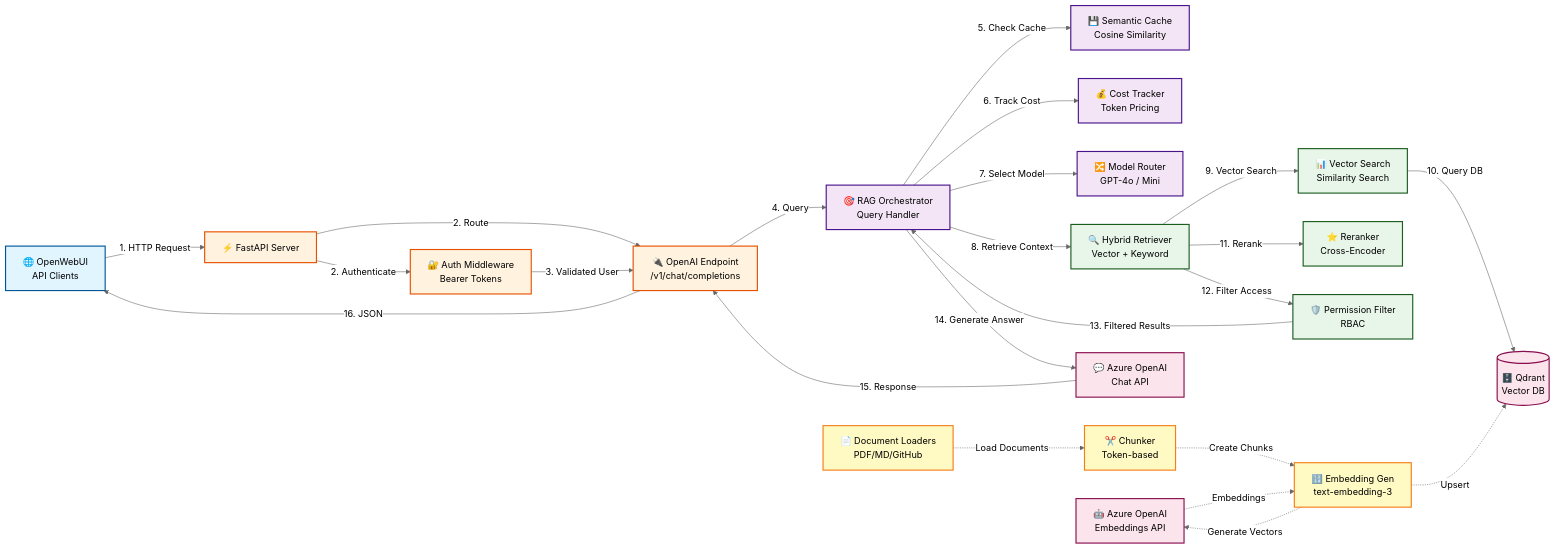
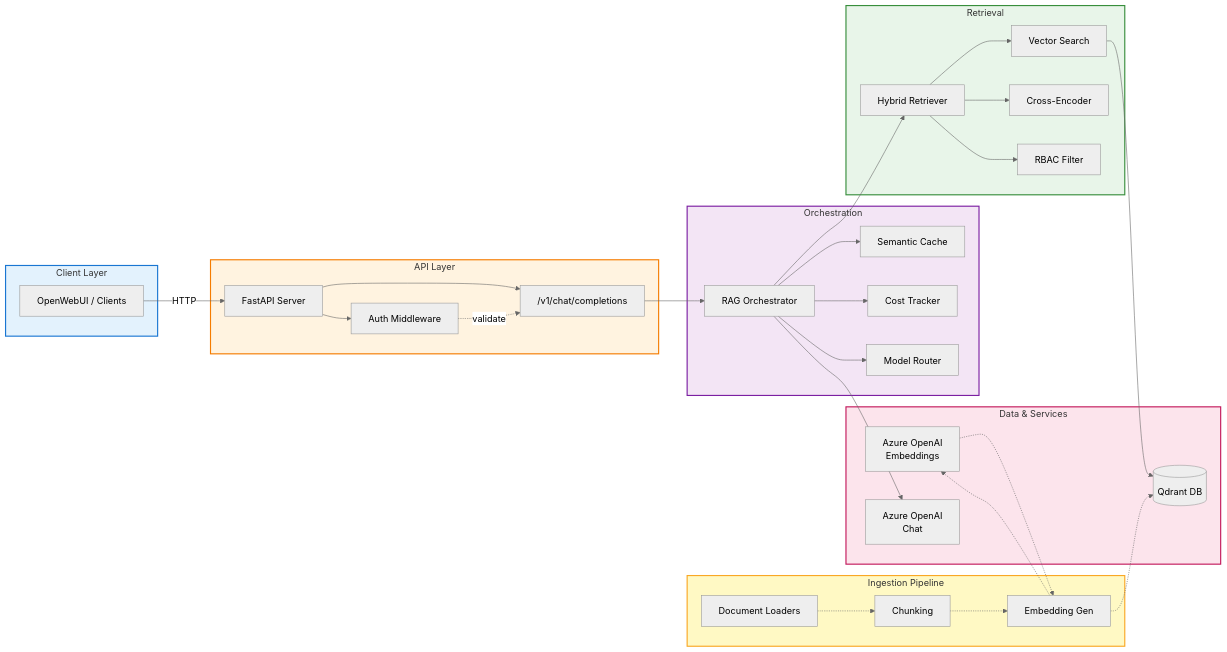
The diagram in README.md (Abbi0805/enterprise-rag-platform), drawn with Mermaid (neutral theme) before and after one commit. The commit also changed other lines of this file, not shown here.

Commit message:
docs: improve README with cleaner architecture diagram and table of contents
- Replaced overly-styled mermaid diagram with clean flowchart
- Added table of contents for easier navigation
- Added MIT license and ruff code style badges
- Improved visual hierarchy with subgraphs
- Removed excessive emojis and numbering for cleaner look
- Maintained color-coding but with professional pastel tones

````diff
--- a/README.md
+++ b/README.md
@@ -25,66 +46,66 @@
 ```mermaid
-graph LR
-    %% Styling
-    classDef client fill:#e1f5ff,stroke:#01579b,stroke-width:2px
-    classDef api fill:#fff3e0,stroke:#e65100,stroke-width:2px
-    classDef orchestration fill:#f3e5f5,stroke:#4a148c,stroke-width:2px
-    classDef retrieval fill:#e8f5e9,stroke:#1b5e20,stroke-width:2px
-    classDef data fill:#fce4ec,stroke:#880e4f,stroke-width:2px
-    classDef ingestion fill:#fff9c4,stroke:#f57f17,stroke-width:2px
+flowchart LR
+    subgraph clients["Client Layer"]
+        UI[OpenWebUI / Clients]
+    end
     
-    %% Client Layer
-    A[🌐 OpenWebUI<br/>API Clients]:::client
+    subgraph api["API Layer"]
+        Server[FastAPI Server]
+        OpenAI["/v1/chat/completions"]
+        Auth[Auth Middleware]
+    end
     
-    %% API Layer
-    B[⚡ FastAPI Server]:::api
-    C[🔌 OpenAI Endpoint<br/>/v1/chat/completions]:::api
-    D[🔐 Auth Middleware<br/>Bearer Tokens]:::api
+    subgraph orchestration["Orchestration"]
+        Orch[RAG Orchestrator]
+        Cache[Semantic Cache]
+        Cost[Cost Tracker]
+        Router[Model Router]
+    end
     
-    %% Orchestration Layer
-    E[🎯 RAG Orchestrator<br/>Query Handler]:::orchestration
-    F[💾 Semantic Cache<br/>Cosine Similarity]:::orchestration
-    G[💰 Cost Tracker<br/>Token Pricing]:::orchestration
-    H[🔀 Model Router<br/>GPT-4o / Mini]:::orchestration
+    subgraph retrieval["Retrieval"]
+        Hybrid[Hybrid Retriever]
+        Vector[Vector Search]
+        Rerank[Cross-Encoder]
+        Permissions[RBAC Filter]
+    end
     
-    %% Retrieval Layer
-    I[🔍 Hybrid Retriever<br/>Vector + Keyword]:::retrieval
-    J[📊 Vector Search<br/>Similarity Search]:::retrieval
-    K[⭐ Reranker<br/>Cross-Encoder]:::retrieval
-    L[🛡️ Permission Filter<br/>RBAC]:::retrieval
+    subgraph data["Data & Services"]
+        DB[(Qdrant DB)]
+        Embed[Azure OpenAI<br/>Embeddings]
+        LLM[Azure OpenAI<br/>Chat]
+    end
     
-    %% Data Layer
-    M[(🗄️ Qdrant<br/>Vector DB)]:::data
-    N[🤖 Azure OpenAI<br/>Embeddings API]:::data
-    O[💬 Azure OpenAI<br/>Chat API]:::data
+    subgraph ingestion["Ingestion Pipeline"]
+        Loaders[Document Loaders]
+        Chunker[Chunking]
+        EmbedGen[Embedding Gen]
+    end
     
-    %% Ingestion Pipeline
-    P[📄 Document Loaders<br/>PDF/MD/GitHub]:::ingestion
-    Q[✂️ Chunker<br/>Token-based]:::ingestion
-    R[🔢 Embedding Gen<br/>text-embedding-3]:::ingestion
+    UI -->|HTTP| Server
+    Server --> OpenAI
+    Server --> Auth
+    Auth -.->|validate| OpenAI
+    OpenAI --> Orch
+    Orch --> Cache
+    Orch --> Cost
+    Orch --> Router
+    Orch --> Hybrid
+    Hybrid --> Vector
+    Vector --> DB
+    Hybrid --> Rerank
+    Hybrid --> Permissions
+    Orch --> LLM
     
-    %% Query Flow
-    A -->|"1. HTTP Request"| B
-    B -->|"2. Route"| C
-    B -->|"2. Authenticate"| D
-    D -->|"3. Validated User"| C
-    C -->|"4. Query"| E
-    E -->|"5. Check Cache"| F
-    E -->|"6. Track Cost"| G
-    E -->|"7. Select Model"| H
-    E -->|"8. Retrieve Context"| I
-    I -->|"9. Vector Search"| J
-    J -->|"10. Query DB"| M
-    I -->|"11. Rerank"| K
-    I -->|"12. Filter Access"| L
-    L -->|"13. Filtered Results"| E
-    E -->|"14. Generate Answer"| O
-    O -->|"15. Response"| C
-    C -->|"16. JSON"| A
+    Loaders -.-> Chunker
+    Chunker -.-> EmbedGen
+    EmbedGen -.-> Embed
+    Embed -.-> EmbedGen
+    EmbedGen -.-> DB
     
-    %% Ingestion Flow
-    P -.->|"Load Documents"| Q
-    Q -.->|"Create Chunks"| R
-    R -.->|"Generate Vectors"| N
-    N -.->|"Embeddings"| R
-    R -.->|"Upsert"| M
+    style clients fill:#e3f2fd,stroke:#1976d2,stroke-width:2px
+    style api fill:#fff3e0,stroke:#f57c00,stroke-width:2px
+    style orchestration fill:#f3e5f5,stroke:#7b1fa2,stroke-width:2px
+    style retrieval fill:#e8f5e9,stroke:#388e3c,stroke-width:2px
+    style data fill:#fce4ec,stroke:#c2185b,stroke-width:2px
+    style ingestion fill:#fff9c4,stroke:#f9a825,stroke-width:2px
 ```
````
